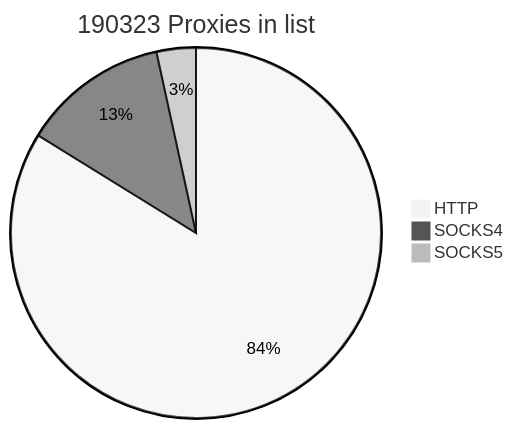
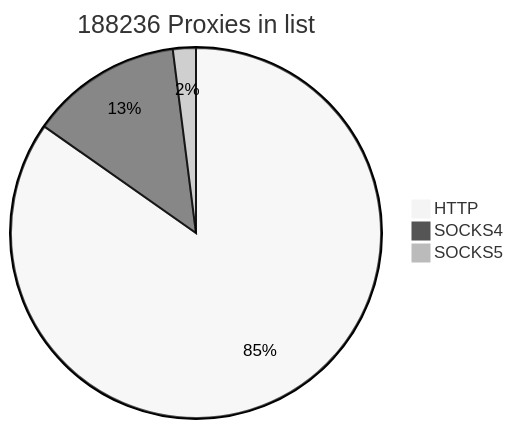
The first of 2 diagrams in README.md (cutipu/proxylist), drawn with Mermaid (neutral theme) before and after one commit. The commit also changed other lines of this file, not shown here.

````diff
--- a/README.md
+++ b/README.md
@@ -2,7 +2,7 @@
 ```mermaid
-pie title 190323 Proxies in list
-    "HTTP" : 159518
-    "SOCKS4" : 24284
-    "SOCKS5" : 6521
+pie title 188236 Proxies in list
+    "HTTP" : 159527
+    "SOCKS4" : 24934
+    "SOCKS5" : 3775
             
 ```
````
